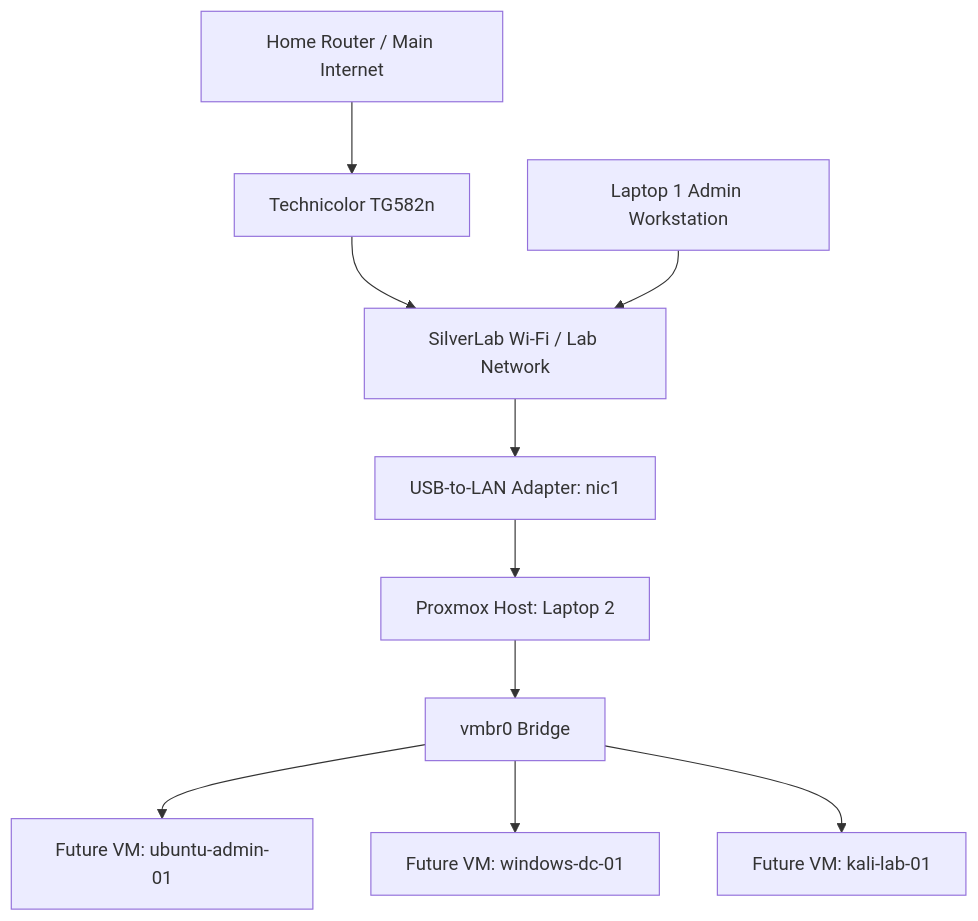
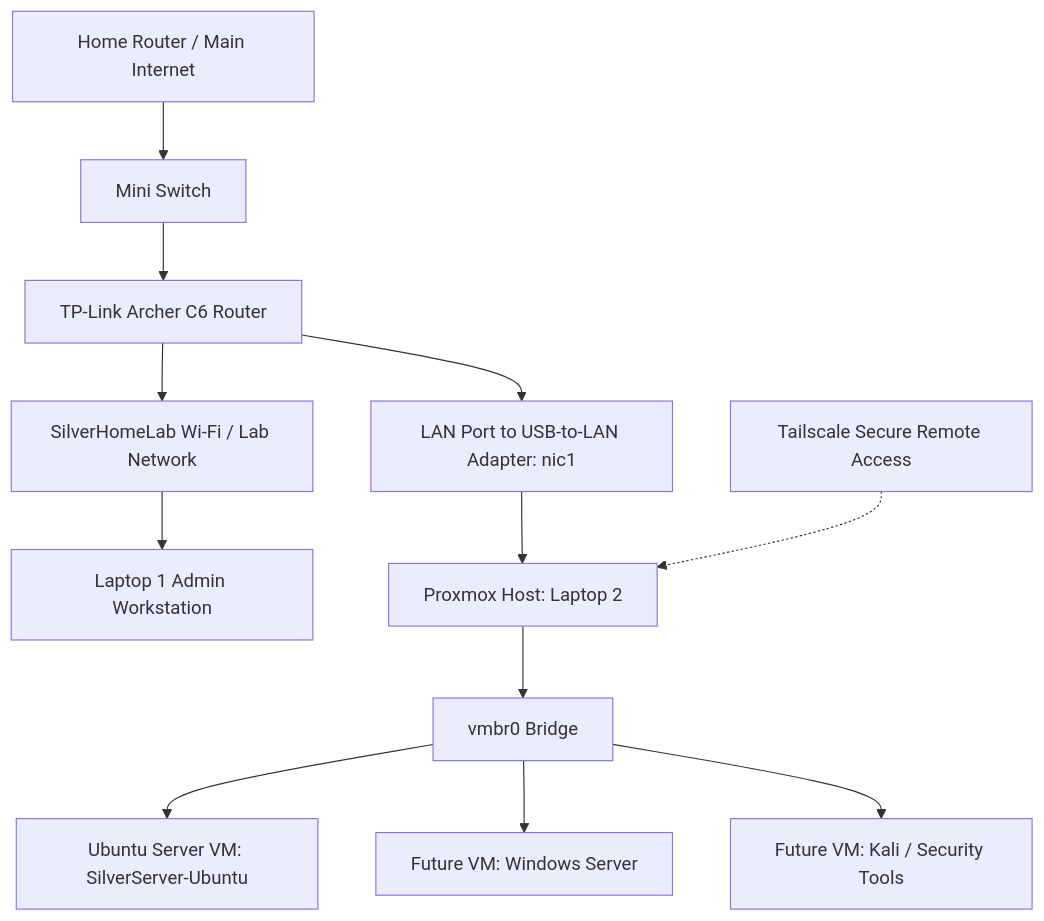
One commit to Silv3r-CS/SilverLab changed the diagram in assets/diagrams/current-topology.mmd. Above: the diagram before and after it, drawn with Mermaid. The commit also changed 5 other files, not shown here.

Commit message:
Document contribution 02 router migration and Ubuntu baseline

```diff
--- a/assets/diagrams/current-topology.mmd
+++ b/assets/diagrams/current-topology.mmd
@@ -1,10 +1,12 @@
 flowchart TD
-    A[Home Router / Main Internet] --> B[Technicolor TG582n]
-    B --> C[SilverLab Wi-Fi / Lab Network]
-    C --> D[USB-to-LAN Adapter: nic1]
-    D --> E[Proxmox Host: Laptop 2]
-    E --> F[vmbr0 Bridge]
-    F --> G[Future VM: ubuntu-admin-01]
-    F --> H[Future VM: windows-dc-01]
-    F --> I[Future VM: kali-lab-01]
-    J[Laptop 1 Admin Workstation] --> C
+    A[Home Router / Main Internet] --> B[Mini Switch]
+    B --> C[TP-Link Archer C6 Router]
+    C --> D[SilverHomeLab Wi-Fi / Lab Network]
+    D --> E[Laptop 1 Admin Workstation]
+    C --> F[LAN Port to USB-to-LAN Adapter: nic1]
+    F --> G[Proxmox Host: Laptop 2]
+    G --> H[vmbr0 Bridge]
+    H --> I[Ubuntu Server VM: SilverServer-Ubuntu]
+    H --> J[Future VM: Windows Server]
+    H --> K[Future VM: Kali / Security Tools]
+    L[Tailscale Secure Remote Access] -.-> G
```
